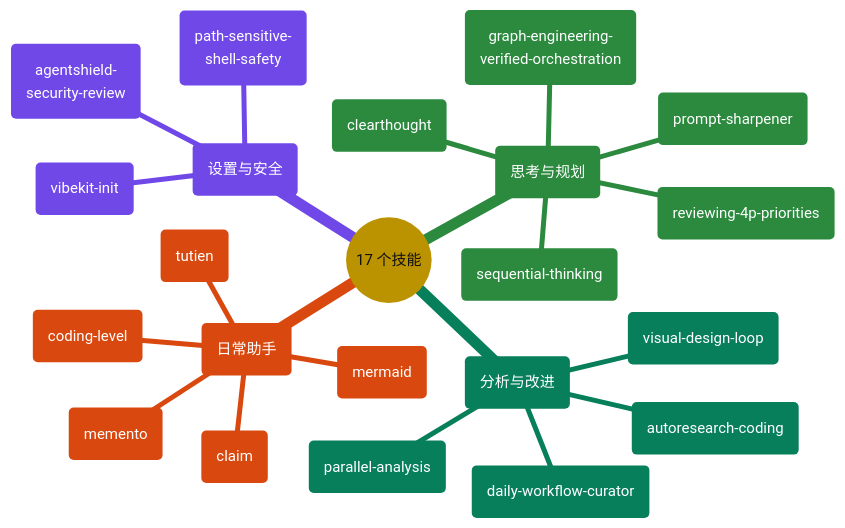
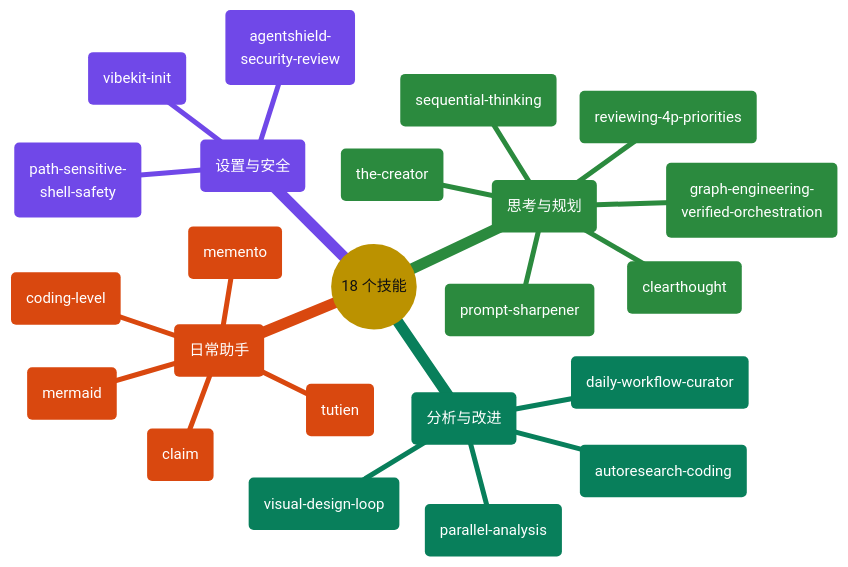
The fifth of 8 diagrams in docs/README.zh-CN.md (giang6283623/minimal-vibe-coding-kit), drawn with Mermaid before and after one commit. The commit also changed other lines of this file and 46 other files, not shown here.

Commit message:
feat(release): 0.5.4 creator and ASCII 3D graph

````diff
--- a/docs/README.zh-CN.md
+++ b/docs/README.zh-CN.md
@@ -346,58 +346,59 @@
 ```mermaid
 ---
 config:
   theme: base
   themeCSS: >-
     .mindmap-node:not(.section-root):not(.section--1) text,
     .mindmap-node:not(.section-root):not(.section--1) tspan
     { fill: #FFFFFF !important; }
     .mindmap-node:not(.section-root):not(.section--1) div,
     .mindmap-node:not(.section-root):not(.section--1) span,
     .mindmap-node:not(.section-root):not(.section--1) p
     { color: #FFFFFF !important; }
   themeVariables:
     darkMode: false
     fontFamily: cascadia mono, consolas, noto sans mono, menlo, monospace
     fontSize: 15px
     lineColor: "#888888"
     textColor: "#111111"
     primaryColor: "#FFD43B"
     primaryTextColor: "#111111"
     primaryBorderColor: "#444444"
     cScale0: "#1971C2"
     cScale1: "#7048E8"
     cScale2: "#2B8A3E"
     cScale3: "#087F5B"
     cScale4: "#D9480F"
     cScale5: "#C2255C"
     cScaleLabel0: "#FFFFFF"
     cScaleLabel1: "#FFFFFF"
     cScaleLabel2: "#FFFFFF"
     cScaleLabel3: "#FFFFFF"
     cScaleLabel4: "#FFFFFF"
     cScaleLabel5: "#FFFFFF"
 ---
 mindmap
-  root(("17 个技能"))
+  root(("18 个技能"))
     setup("设置与安全")
       s1("vibekit-init")
       s2("agentshield-<br/>security-review")
       s3("path-sensitive-<br/>shell-safety")
     think("思考与规划")
       t1("clearthought")
       t2("sequential-thinking")
       t3("prompt-sharpener")
       t4("reviewing-4p-priorities")
       t5("graph-engineering-<br/>verified-orchestration")
+      t6("the-creator")
     analyze("分析与改进")
       a1("parallel-analysis")
       a2("autoresearch-coding")
       a3("daily-workflow-curator")
       a4("visual-design-loop")
     helpers("日常助手")
       h1("memento")
       h2("coding-level")
       h3("mermaid")
       h4("claim")
       h5("tutien")
 ```
````
